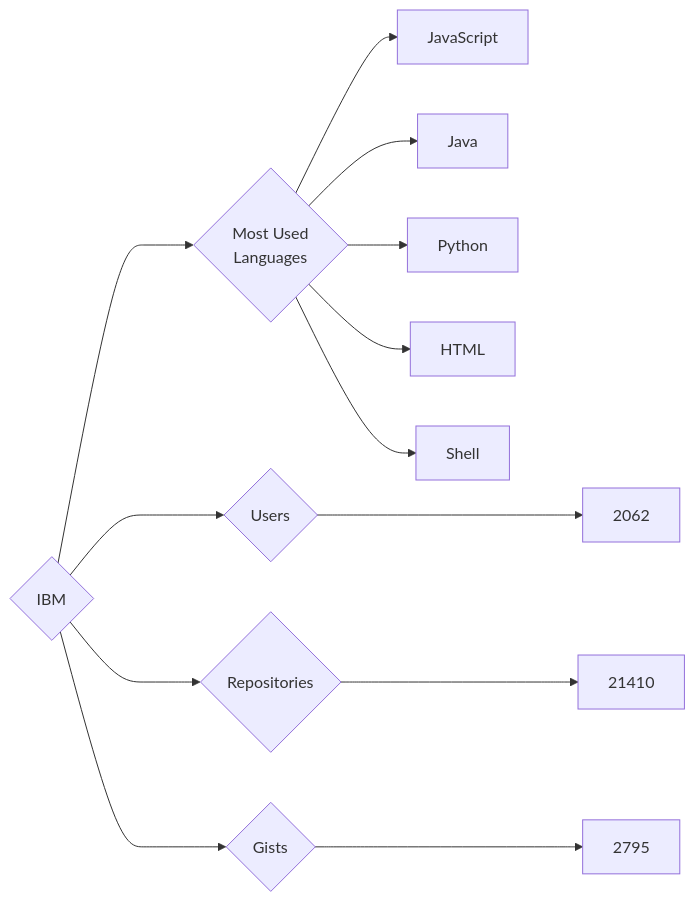
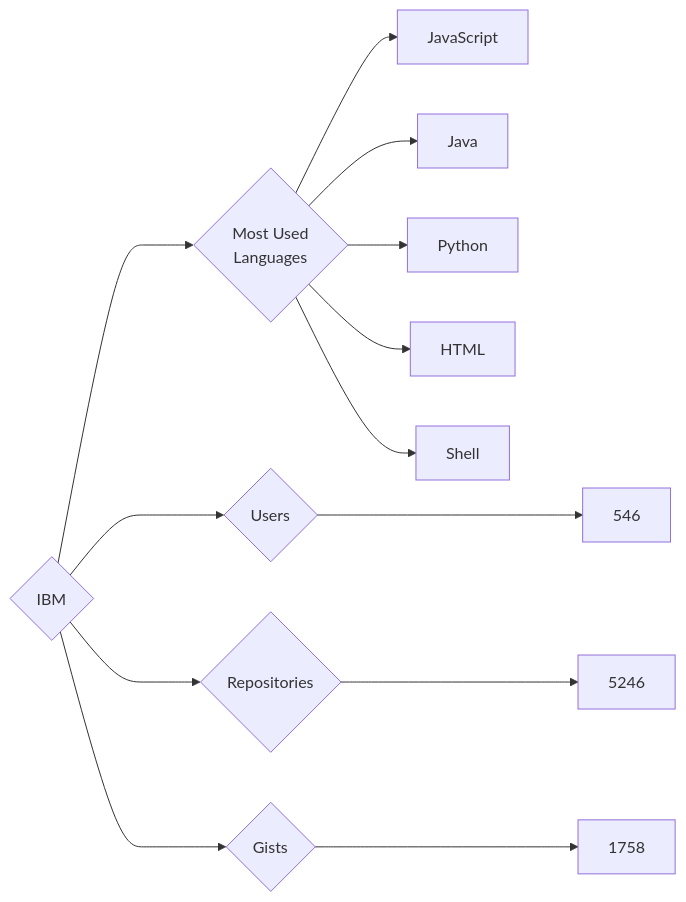
One commit to trickest/insiders changed the diagram in targets/IBM/README.md. Above: the diagram before and after it, drawn with Mermaid. The commit also changed 888 other files, not shown here.

````diff
--- a/targets/IBM/README.md
+++ b/targets/IBM/README.md
@@ -3,13 +3,13 @@
 ```mermaid
 graph LR
 COMPANY_NAME{IBM}
-COMPANY_NAME ---> U{Users} ---> UN[2062]
-COMPANY_NAME ---> R{Repositories} ---> RN[21410]
-COMPANY_NAME ---> G{Gists} ---> GN[2795]
+COMPANY_NAME ---> U{Users} ---> UN[546]
+COMPANY_NAME ---> R{Repositories} ---> RN[5246]
+COMPANY_NAME ---> G{Gists} ---> GN[1758]
 COMPANY_NAME ---> ML{Most Used<br>Languages}
 ML --> JavaScript[JavaScript]
 ML --> Java[Java]
 ML --> Python[Python]
 ML --> HTML[HTML]
 ML --> Shell[Shell]
 ```
````
